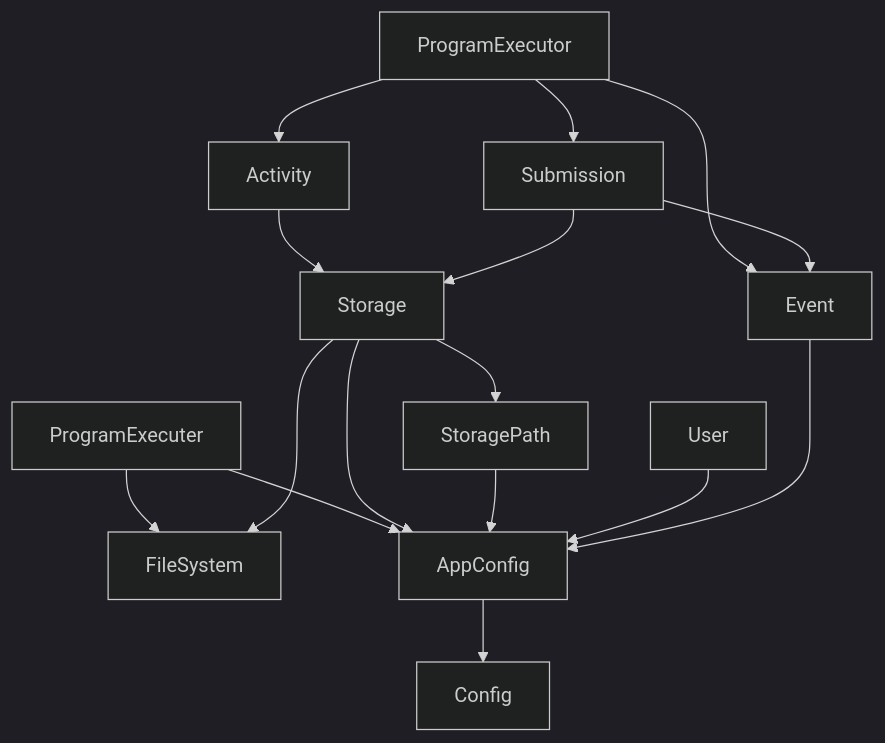
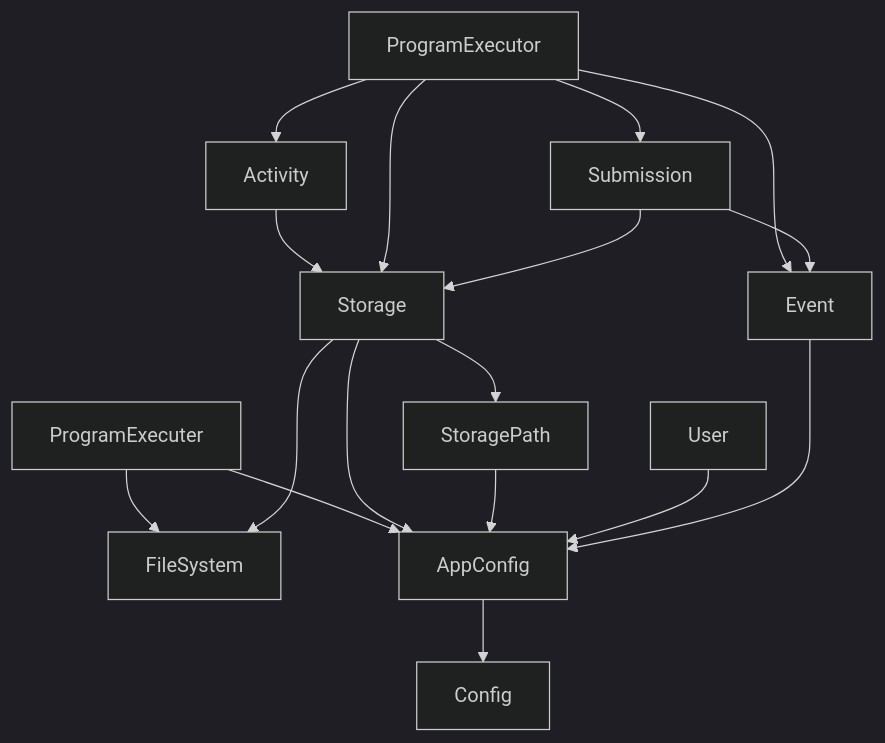
One commit to luetek/starter-web-app changed the diagram in apps/nest-app/ARCH.md. Above: the diagram before and after it, drawn with Mermaid (dark theme). The commit also changed 17 other files, not shown here.

````diff
--- a/apps/nest-app/ARCH.md
+++ b/apps/nest-app/ARCH.md
@@ -9,18 +9,19 @@
 ```mermaid
   graph TD;
   ProgramExecuter --> FileSystem
   ProgramExecuter --> AppConfig
   Activity --> Storage
   Storage --> FileSystem
   Storage --> StoragePath;
   Storage --> AppConfig;
   StoragePath --> AppConfig;
   User--> AppConfig;
   ProgramExecutor --> Event;
   ProgramExecutor --> Activity;
   ProgramExecutor --> Submission;
+  ProgramExecutor --> Storage;
   Submission --> Event;
   Submission --> Storage;
   Event --> AppConfig;
   AppConfig --> Config
 ```
````
